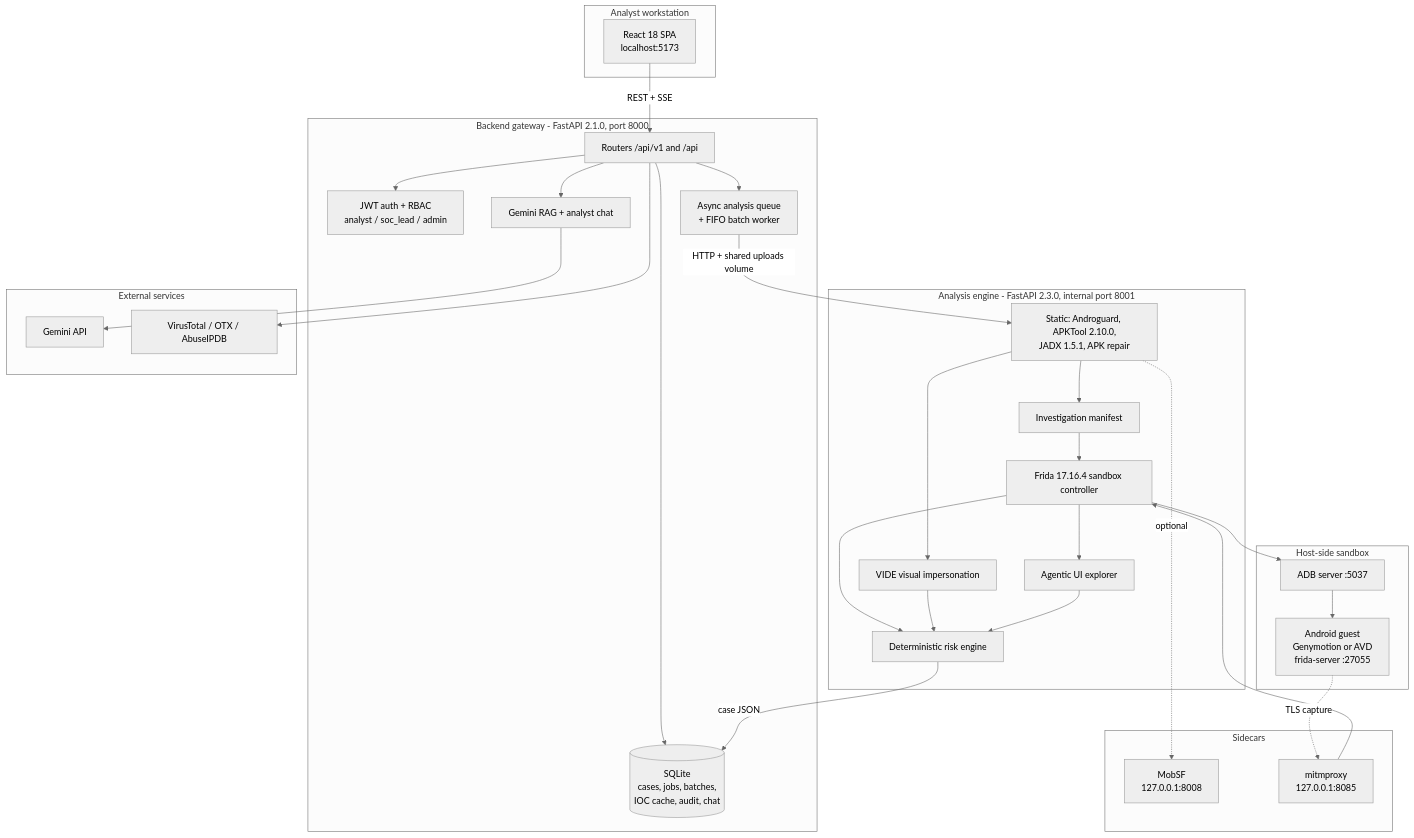
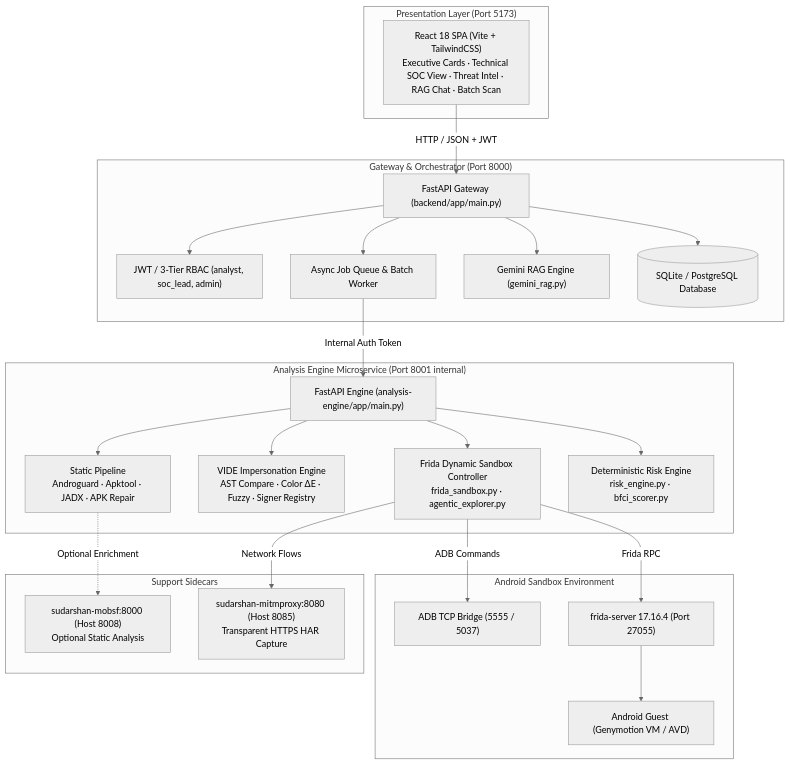
One commit to SanTiwari07/Sudarshan changed the first of 2 diagrams in README.md. Above: the diagram before and after it, drawn with Mermaid (neutral theme). The commit also changed other lines of this file and 182 other files, not shown here.

````diff
--- a/README.md
+++ b/README.md
@@ -164,59 +122,51 @@
 ```mermaid
-flowchart TB
-    subgraph Client["Analyst workstation"]
-        UI["React 18 SPA<br/>localhost:5173"]
+graph TB
+    subgraph Client_Layer["Presentation Layer (Port 5173)"]
+        UI["React 18 SPA (Vite + TailwindCSS)<br/>Executive Cards · Technical SOC View · Threat Intel · RAG Chat · Batch Scan"]
     end
 
-    subgraph Gateway["Backend gateway - FastAPI 2.1.0, port 8000"]
-        API["Routers /api/v1 and /api"]
-        AUTH["JWT auth + RBAC<br/>analyst / soc_lead / admin"]
-        QUEUE["Async analysis queue<br/>+ FIFO batch worker"]
-        RAGX["Gemini RAG + analyst chat"]
-        DB[("SQLite<br/>cases, jobs, batches,<br/>IOC cache, audit, chat")]
+    subgraph Gateway_Layer["Gateway & Orchestrator (Port 8000)"]
+        API["FastAPI Gateway (backend/app/main.py)"]
+        AUTH["JWT / 3-Tier RBAC (analyst, soc_lead, admin)"]
+        QUEUE["Async Job Queue & Batch Worker"]
+        RAG["Gemini RAG Engine (gemini_rag.py)"]
+        DB[(SQLite / PostgreSQL Database)]
     end
 
-    subgraph Engine["Analysis engine - FastAPI 2.3.0, internal port 8001"]
-        STAT["Static: Androguard, APKTool 2.10.0,<br/>JADX 1.5.1, APK repair"]
-        MANI["Investigation manifest"]
-        DYN["Frida 17.16.4 sandbox controller"]
-        EXPL["Agentic UI explorer"]
-        VIDEX["VIDE visual impersonation"]
-        RISK["Deterministic risk engine"]
+    subgraph Microservice_Layer["Analysis Engine Microservice (Port 8001 internal)"]
+        ENG["FastAPI Engine (analysis-engine/app/main.py)"]
+        STATIC["Static Pipeline<br/>Androguard · Apktool · JADX · APK Repair"]
+        VIDE_ENG["VIDE Impersonation Engine<br/>AST Compare · Color ΔE · Fuzzy · Signer Registry"]
+        DYNAMIC["Frida Dynamic Sandbox Controller<br/>frida_sandbox.py · agentic_explorer.py"]
+        RISK["Deterministic Risk Engine<br/>risk_engine.py · bfci_scorer.py"]
     end
 
-    subgraph Side["Sidecars"]
-        MOBSF["MobSF<br/>127.0.0.1:8008"]
-        MITM["mitmproxy<br/>127.0.0.1:8085"]
+    subgraph Sidecar_Layer["Support Sidecars"]
+        MOBSF["sudarshan-mobsf:8000 (Host 8008)<br/>Optional Static Analysis"]
+        MITM["sudarshan-mitmproxy:8080 (Host 8085)<br/>Transparent HTTPS HAR Capture"]
     end
 
-    subgraph Host["Host-side sandbox"]
-        ADB["ADB server :5037"]
-        DEV["Android guest<br/>Genymotion or AVD<br/>frida-server :27055"]
+    subgraph Sandbox_Layer["Android Sandbox Environment"]
+        ADB["ADB TCP Bridge (5555 / 5037)"]
+        FRIDA["frida-server 17.16.4 (Port 27055)"]
+        GUEST["Android Guest (Genymotion VM / AVD)"]
     end
 
-    subgraph Ext["External services"]
-        GEM["Gemini API"]
-        TI["VirusTotal / OTX / AbuseIPDB"]
-    end
-
-    UI -->|"REST + SSE"| API
+    UI -->|HTTP / JSON + JWT| API
     API --> AUTH
     API --> QUEUE
-    API --> RAGX
+    API --> RAG
     API --> DB
-    QUEUE -->|"HTTP + shared uploads volume"| STAT
 
-    STAT --> MANI --> DYN --> EXPL
-    STAT --> VIDEX
-    DYN --> RISK
-    VIDEX --> RISK
-    EXPL --> RISK
+    QUEUE -->|Internal Auth Token| ENG
+    ENG --> STATIC
+    ENG --> VIDE_ENG
+    ENG --> DYNAMIC
+    ENG --> RISK
 
-    STAT -.optional.-> MOBSF
-    DYN --> ADB --> DEV
-    DEV -.TLS capture.-> MITM --> DYN
-
-    RISK -->|"case JSON"| DB
-    RAGX --> GEM
-    API --> TI
+    STATIC -.->|Optional Enrichment| MOBSF
+    DYNAMIC -->|Network Flows| MITM
+    DYNAMIC -->|ADB Commands| ADB
+    DYNAMIC -->|Frida RPC| FRIDA
+    FRIDA --> GUEST
 ```
````
